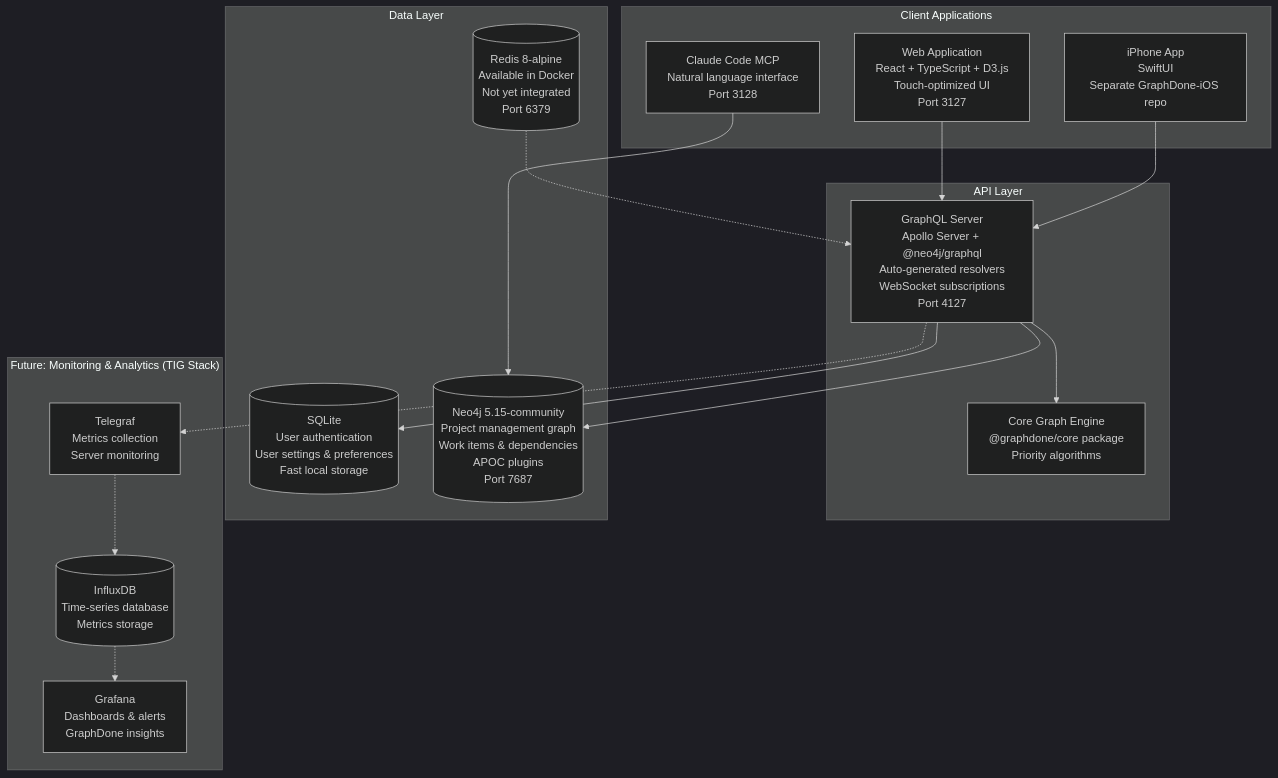
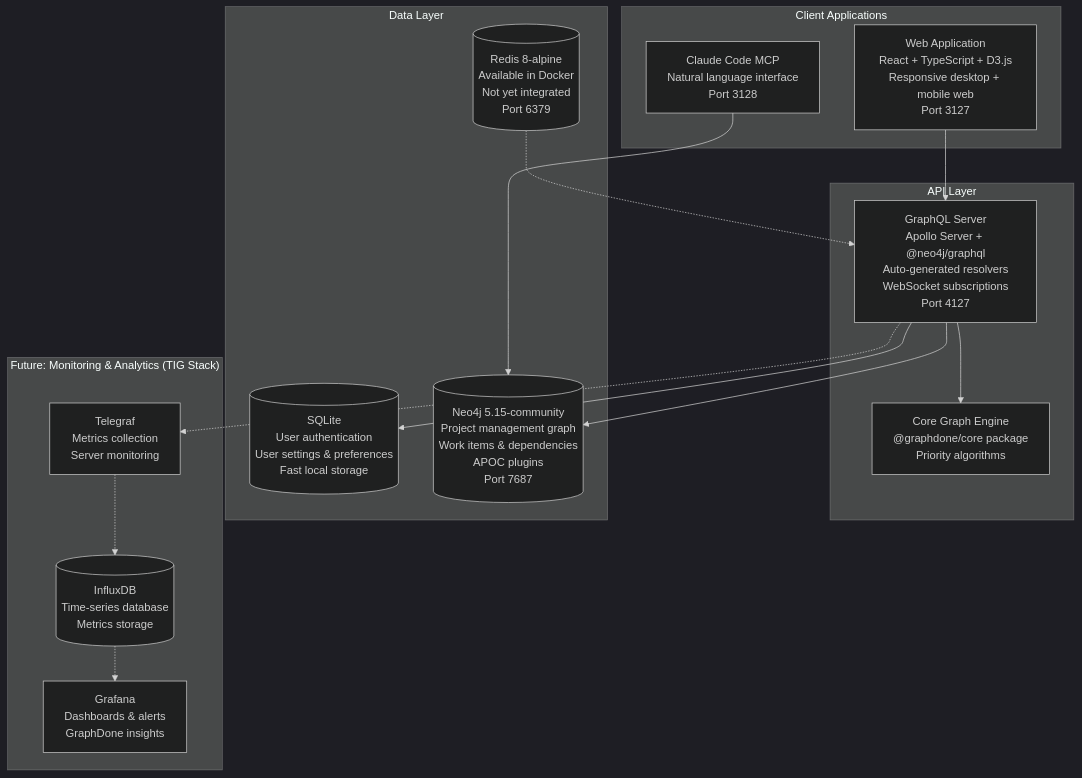
One commit to GraphDone/GraphDone-Core changed the first of 8 diagrams in docs/guides/architecture-overview.md. Above: the diagram before and after it, drawn with Mermaid (dark theme). The commit also changed 19 other files, not shown here.

````diff
--- a/docs/guides/architecture-overview.md
+++ b/docs/guides/architecture-overview.md
@@ -18,37 +18,35 @@
 ```mermaid
 graph TB
     subgraph "Client Applications"
-        WEB[Web Application<br/>React + TypeScript + D3.js<br/>Touch-optimized UI<br/>Port 3127]
-        IOS[iPhone App<br/>SwiftUI<br/>Separate GraphDone-iOS repo]
+        WEB[Web Application<br/>React + TypeScript + D3.js<br/>Responsive desktop + mobile web<br/>Port 3127]
         CLAUDE[Claude Code MCP<br/>Natural language interface<br/>Port 3128]
     end
     
     subgraph "API Layer"
         GQL[GraphQL Server<br/>Apollo Server + @neo4j/graphql<br/>Auto-generated resolvers<br/>WebSocket subscriptions<br/>Port 4127]
         CORE[Core Graph Engine<br/>@graphdone/core package<br/>Priority algorithms]
     end
     
     subgraph "Data Layer"
         SQLITE[(SQLite<br/>User authentication<br/>User settings & preferences<br/>Fast local storage)]
         NEO4J[(Neo4j 5.15-community<br/>Project management graph<br/>Work items & dependencies<br/>APOC plugins<br/>Port 7687)]
         REDIS[(Redis 8-alpine<br/>Available in Docker<br/>Not yet integrated<br/>Port 6379)]
     end
     
     subgraph "Future: Monitoring & Analytics (TIG Stack)"
         TELEGRAF[Telegraf<br/>Metrics collection<br/>Server monitoring]
         INFLUXDB[(InfluxDB<br/>Time-series database<br/>Metrics storage)]  
         GRAFANA[Grafana<br/>Dashboards & alerts<br/>GraphDone insights]
     end
     
     WEB --> GQL
-    IOS --> GQL
     CLAUDE --> NEO4J
     GQL --> SQLITE
     GQL --> NEO4J
     GQL --> CORE
     REDIS -.-> GQL
     
     GQL -.-> TELEGRAF
     TELEGRAF -.-> INFLUXDB
     INFLUXDB -.-> GRAFANA
 ```
````
